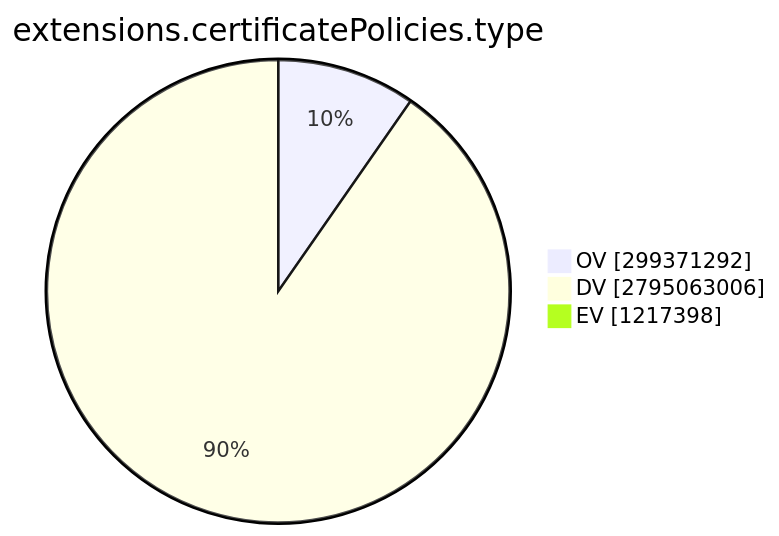
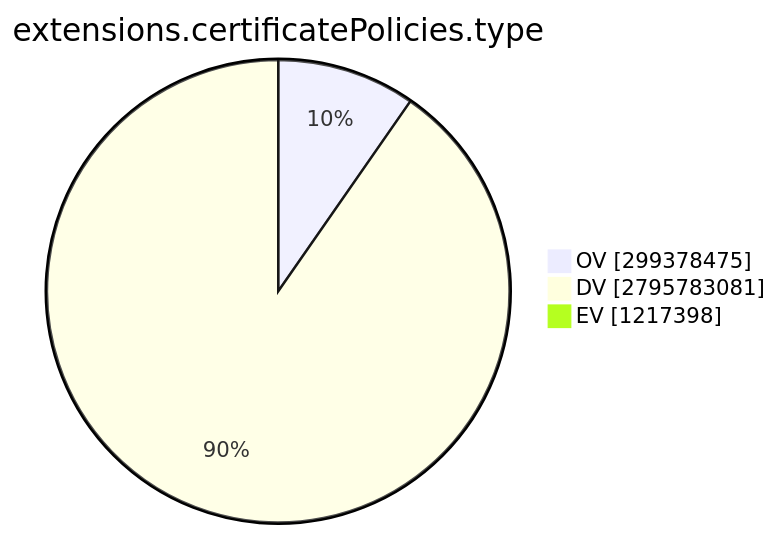
One commit to christiankrug/ctmonitor_visualization changed the ninth of 15 diagrams in TOTAL/README.md. Above: the diagram before and after it, drawn with Mermaid. The commit also changed other lines of this file, not shown here.

````diff
--- a/TOTAL/README.md
+++ b/TOTAL/README.md
@@ -3101,7 +3101,7 @@
 ```mermaid
 pie showData
 title extensions.certificatePolicies.type
-"OV" :299371292
-"DV" :2795063006
+"OV" :299378475
+"DV" :2795783081
 "EV" :1217398
 ```
````
